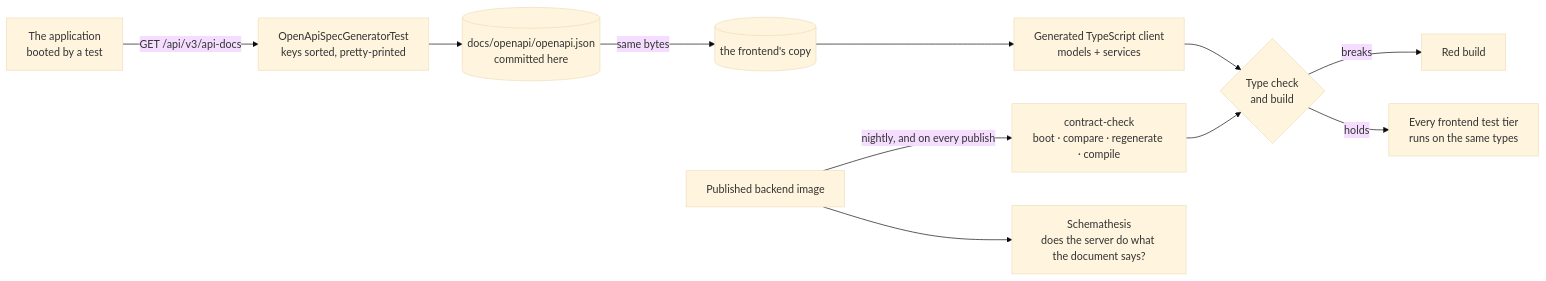
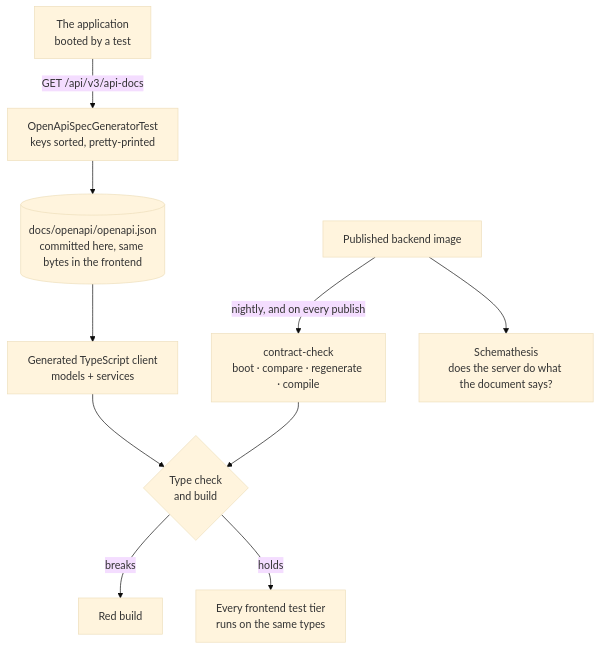
Before and after one commit to Check-It-Out-Dev/checkitout-backend: the diagram in docs/guide/openapi-contract.md, drawn with Mermaid (base theme). The commit also changed 7 other files, not shown here.

First line of the commit message:
Diagrams are drawn top-down, so their labels are readable at GitHub's column width

````diff
--- a/docs/guide/openapi-contract.md
+++ b/docs/guide/openapi-contract.md
@@ -8,13 +8,13 @@
 ```mermaid
-flowchart LR
+flowchart TB
     APP["The application<br/>booted by a test"] -->|"GET /api/v3/api-docs"| GEN["OpenApiSpecGeneratorTest<br/>keys sorted, pretty-printed"]
-    GEN --> SPEC[("docs/openapi/openapi.json<br/>committed here")]
-    SPEC -->|"same bytes"| FESPEC[("the frontend's copy")]
-    FESPEC --> CLIENT["Generated TypeScript client<br/>models + services"]
+    GEN --> SPEC[("docs/openapi/openapi.json<br/>committed here, same bytes in the frontend")]
+    SPEC --> CLIENT["Generated TypeScript client<br/>models + services"]
     CLIENT --> TSC{"Type check<br/>and build"}
     TSC -->|"breaks"| RED["Red build"]
     TSC -->|"holds"| TIERS["Every frontend test tier<br/>runs on the same types"]
+
     IMG["Published backend image"] -->|"nightly, and on every publish"| CHECK["contract-check<br/>boot · compare · regenerate · compile"]
     CHECK --> TSC
     IMG --> FUZZ["Schemathesis<br/>does the server do what the document says?"]
 ```
````
